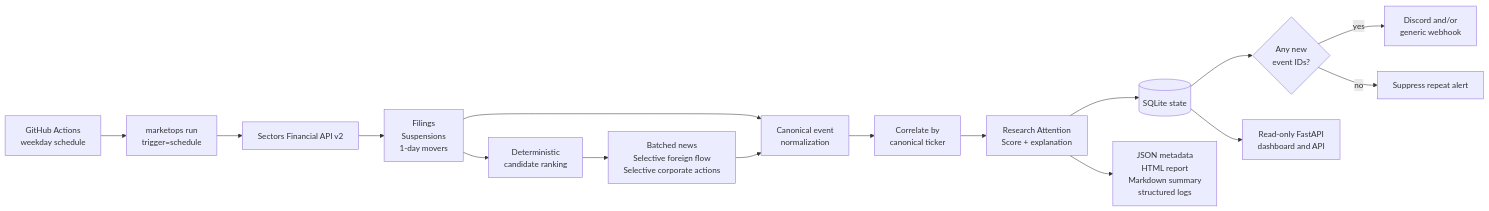
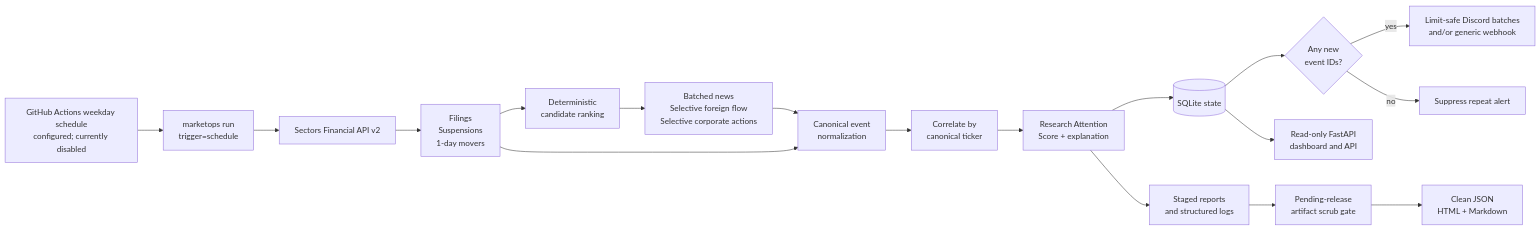
One commit to respramon/marketops-id changed the first of 2 diagrams in docs/architecture.md. Above: the diagram before and after it, drawn with Mermaid. The commit also changed other lines of this file and 21 other files, not shown here.

````diff
--- a/docs/architecture.md
+++ b/docs/architecture.md
@@ -15,18 +15,20 @@
 ```mermaid
 flowchart LR
-    Scheduler[GitHub Actions<br/>weekday schedule] --> CLI[marketops run<br/>trigger=schedule]
+    Scheduler[GitHub Actions weekday schedule<br/>configured; currently disabled] --> CLI[marketops run<br/>trigger=schedule]
     CLI --> Sectors[Sectors Financial API v2]
     Sectors --> Discovery[Filings<br/>Suspensions<br/>1-day movers]
     Discovery --> Candidates[Deterministic<br/>candidate ranking]
     Candidates --> Enrichment[Batched news<br/>Selective foreign flow<br/>Selective corporate actions]
     Discovery --> Normalize[Canonical event<br/>normalization]
     Enrichment --> Normalize
     Normalize --> Correlate[Correlate by<br/>canonical ticker]
     Correlate --> Score[Research Attention<br/>Score + explanation]
     Score --> State[(SQLite state)]
     State --> Dedupe{Any new<br/>event IDs?}
-    Dedupe -->|yes| Notify[Discord and/or<br/>generic webhook]
+    Dedupe -->|yes| Notify[Limit-safe Discord batches<br/>and/or generic webhook]
     Dedupe -->|no| Suppress[Suppress repeat alert]
-    Score --> Artifacts[JSON metadata<br/>HTML report<br/>Markdown summary<br/>structured logs]
+    Score --> Staged[Staged reports<br/>and structured logs]
+    Staged --> Guard[Pending-release<br/>artifact scrub gate]
+    Guard --> Artifacts[Clean JSON<br/>HTML + Markdown]
     State --> Dashboard[Read-only FastAPI<br/>dashboard and API]
 ```
````
